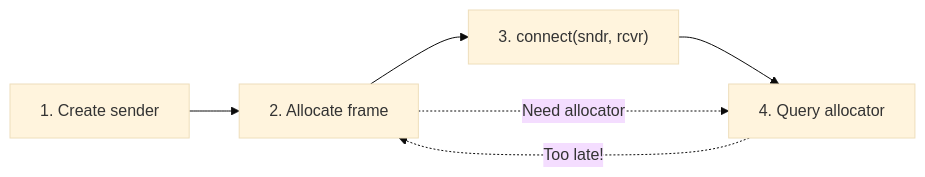
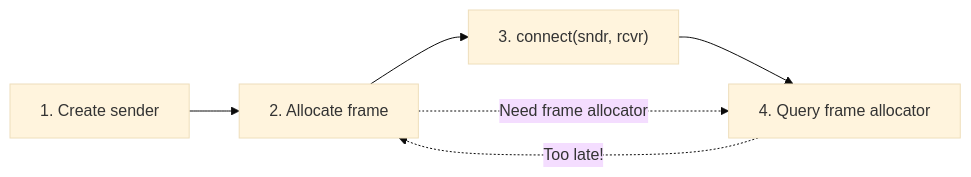
The fourth of 5 diagrams in source/d4003-io-awaitables.md (MungoG/cppa-wg21-papers), drawn with Mermaid (base theme) before and after one commit. The commit also changed other lines of this file, not shown here.

Commit message:
Its frame allocator

````diff
--- a/source/d4003-io-awaitables.md
+++ b/source/d4003-io-awaitables.md
@@ -1039,8 +1043,8 @@
 ```mermaid
 flowchart LR
     S1["1. Create sender"] --> S2["2. Allocate frame"]
     S2 --> S3["3. connect(sndr, rcvr)"]
-    S3 --> S4["4. Query allocator"]
-    S2 -.->|"Need allocator"| S4
+    S3 --> S4["4. Query frame allocator"]
+    S2 -.->|"Need frame allocator"| S4
     S4 -.->|"Too late!"| S2
 ```
````
